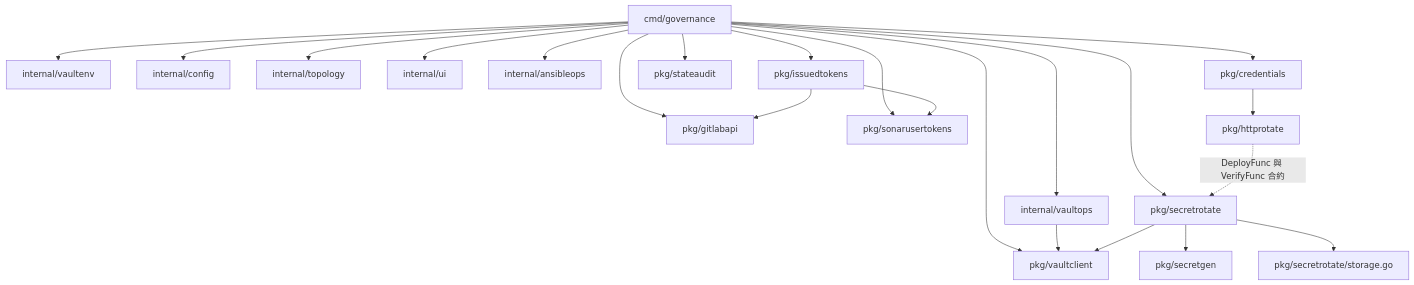
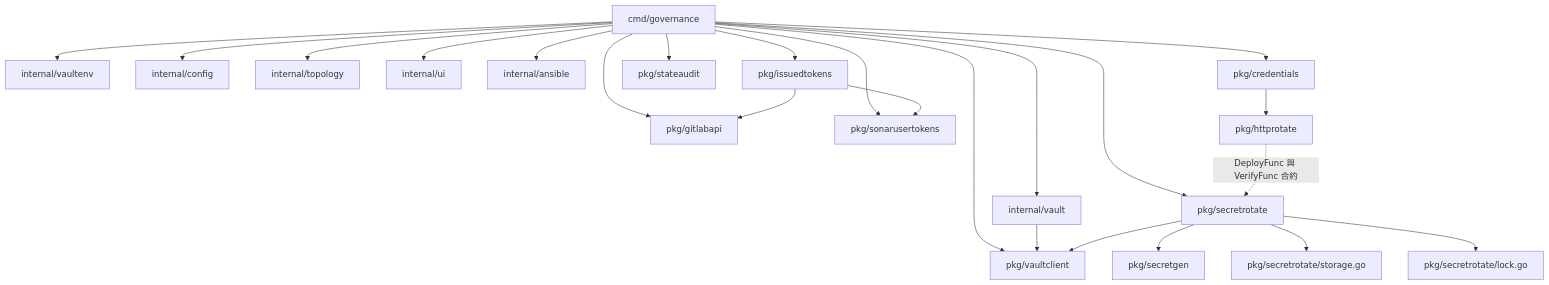
Before and after one commit to csning1998/parent-group-governance: the first of 3 diagrams in tools/governance/README.md, drawn with Mermaid. The commit also changed other lines of this file and 67 other files, not shown here.

````diff
--- a/tools/governance/README.md
+++ b/tools/governance/README.md
@@ -71,25 +71,26 @@
 ```mermaid
 flowchart TD
     CLI["cmd/governance"] --> VaultEnv["internal/vaultenv"]
     CLI --> ConfigPkg["internal/config"]
     CLI --> TopologyPkg["internal/topology"]
-    CLI --> VaultOpsPkg["internal/vaultops"]
+    CLI --> VaultPkg["internal/vault"]
     CLI --> UIPkg["internal/ui"]
-    CLI --> AnsiblePkg["internal/ansibleops"]
+    CLI --> AnsiblePkg["internal/ansible"]
     CLI --> CredPkg["pkg/credentials"]
     CLI --> RotatePkg["pkg/secretrotate"]
     CLI --> StateAuditPkg["pkg/stateaudit"]
     CLI --> VaultClientPkg["pkg/vaultclient"]
     CLI --> IssuedPkg["pkg/issuedtokens"]
     CLI --> GitLabPkg["pkg/gitlabapi"]
     CLI --> SonarPkg["pkg/sonarusertokens"]
     IssuedPkg --> GitLabPkg
     IssuedPkg --> SonarPkg
 
-    VaultOpsPkg --> VaultClientPkg
+    VaultPkg --> VaultClientPkg
     RotatePkg --> VaultClientPkg
     RotatePkg --> GenPkg["pkg/secretgen"]
     RotatePkg --> StoragePkg["pkg/secretrotate/storage.go"]
+    RotatePkg --> LockPkg["pkg/secretrotate/lock.go"]
     CredPkg --> HTTPPkg["pkg/httprotate"]
     HTTPPkg -.->|"DeployFunc 與 VerifyFunc 合約"| RotatePkg
 ```
````
